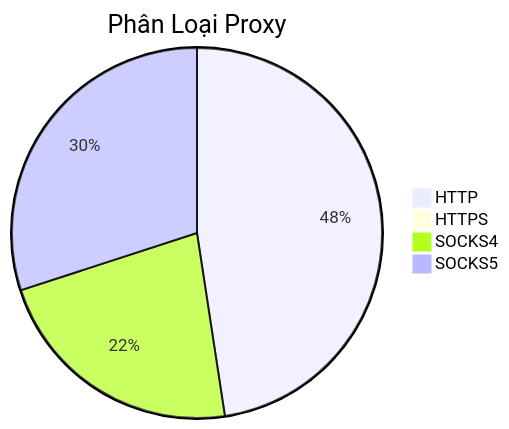
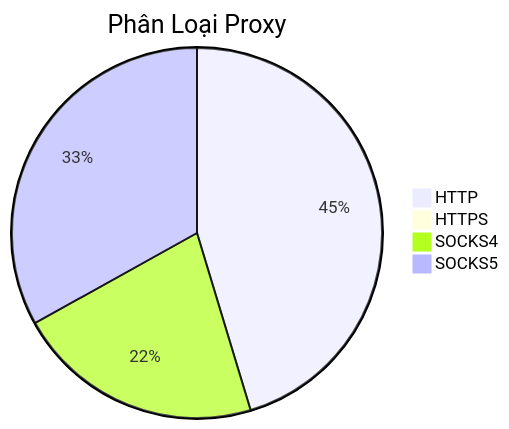
The diagram in README.md (Ciara-12/PROXY-free), drawn with Mermaid before and after one commit. The commit also changed other lines of this file and 3 other files, not shown here.

````diff
--- a/README.md
+++ b/README.md
@@ -26,7 +26,7 @@
 ```mermaid
 pie title Phân Loại Proxy
-    "HTTP" : 533
+    "HTTP" : 407
     "HTTPS" : 0
-    "SOCKS4" : 251
-    "SOCKS5" : 336
+    "SOCKS4" : 194
+    "SOCKS5" : 297
 ```
````
